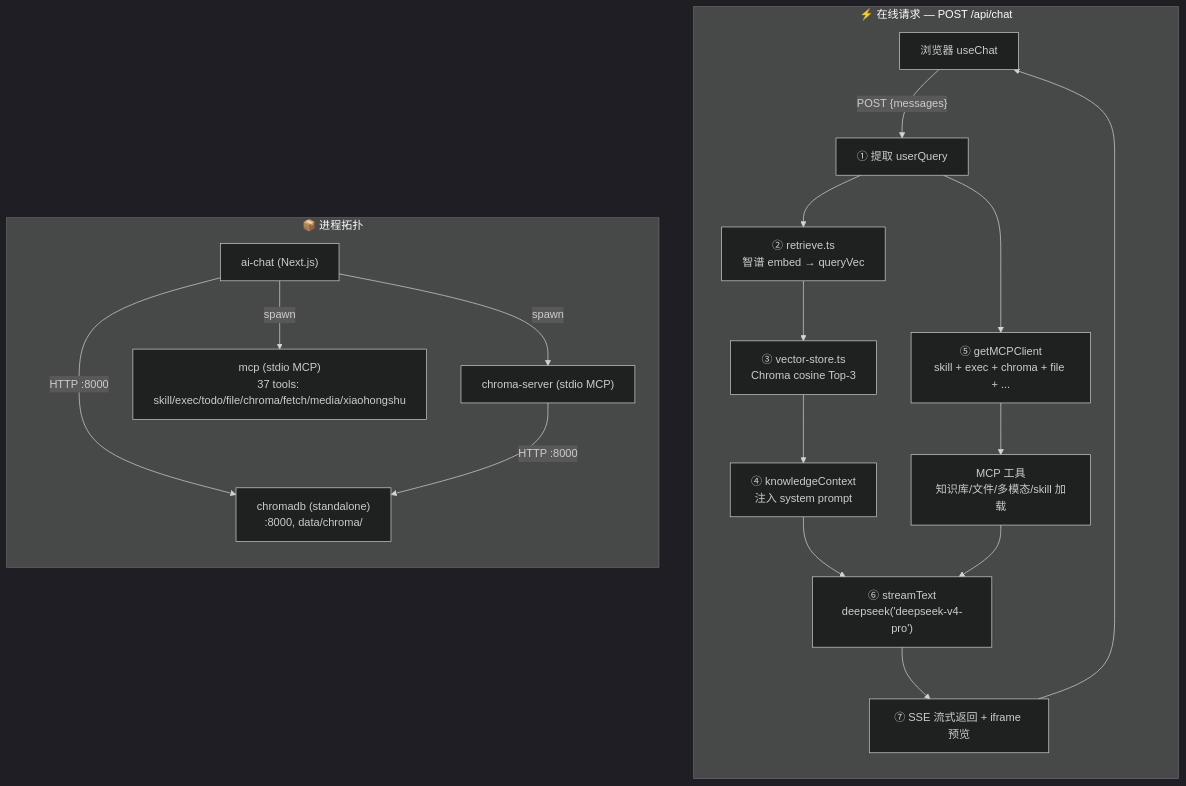
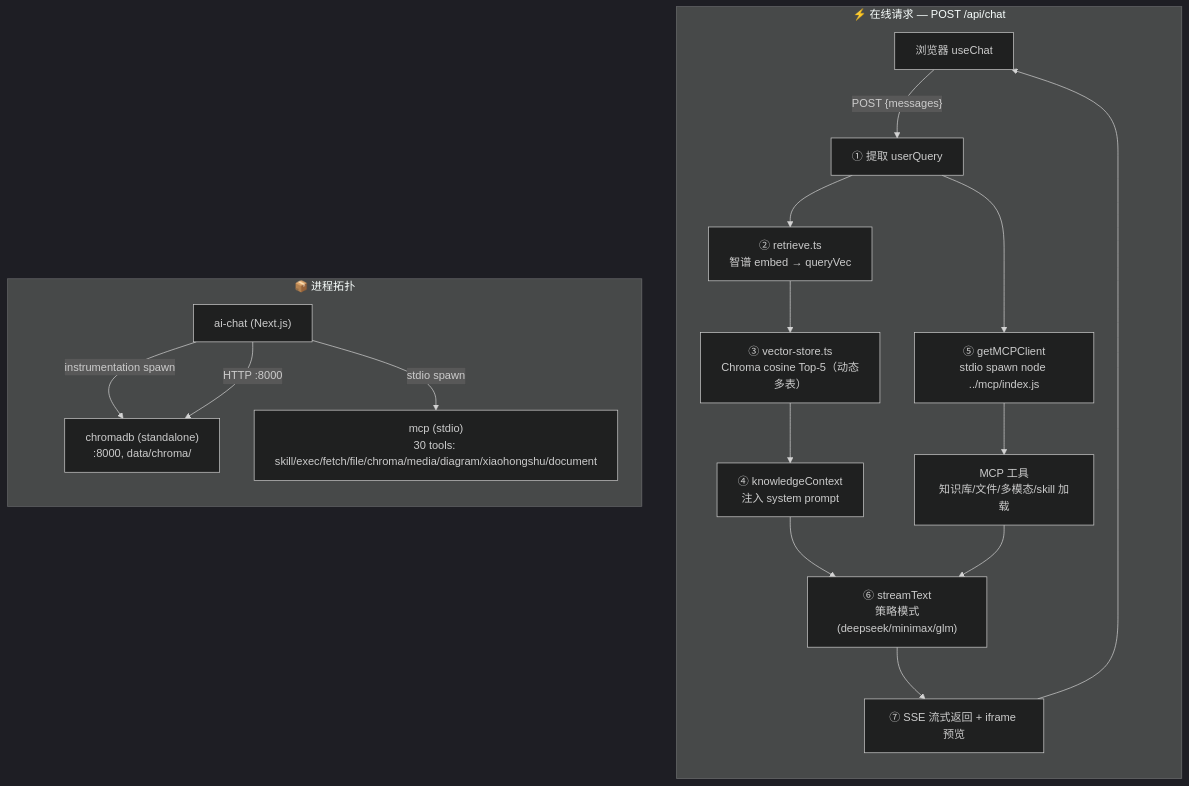
Before and after one commit to xiaoshengkai/xiaoshengkai-ai: the diagram in design.md, drawn with Mermaid (dark theme). The commit also changed other lines of this file and 3 other files, not shown here.

````diff
--- a/design.md
+++ b/design.md
@@ -29,33 +29,31 @@
 ```mermaid
 flowchart TD
   subgraph ON["⚡ 在线请求 — POST /api/chat"]
     direction TB
     U["浏览器 useChat"]
     R1["① 提取 userQuery"]
     R2["② retrieve.ts<br/>智谱 embed → queryVec"]
-    R3["③ vector-store.ts<br/>Chroma cosine Top-3"]
+    R3["③ vector-store.ts<br/>Chroma cosine Top-5（动态多表）"]
     R4["④ knowledgeContext<br/>注入 system prompt"]
-R5["⑤ getMCPClient<br/>skill + exec + chroma + file + ..."]
+    R5["⑤ getMCPClient<br/>stdio spawn node ../mcp/index.js"]
     R6["MCP 工具<br/>知识库/文件/多模态/skill 加载"]
-    R7["⑥ streamText<br/>deepseek('deepseek-v4-pro')"]
+    R7["⑥ streamText<br/>策略模式(deepseek/minimax/glm)"]
     R8["⑦ SSE 流式返回 + iframe 预览"]
     U -->|"POST {messages}"| R1
     R1 --> R2 --> R3 --> R4
     R1 --> R5 --> R6
     R4 --> R7
     R6 --> R7
     R7 --> R8 --> U
   end
 
   subgraph PROC["📦 进程拓扑"]
     direction TB
     A1["ai-chat (Next.js)"]
     A2["chromadb (standalone)<br/>:8000, data/chroma/"]
-    A3["chroma-server (stdio MCP)"]
-    A4["mcp (stdio MCP)<br/>37 tools: skill/exec/todo/file/chroma/fetch/media/xiaohongshu"]
-    A1 -->|"spawn"| A3
+    A4["mcp (stdio)<br/>30 tools: skill/exec/fetch/file/chroma/media/diagram/xiaohongshu/document"]
+    A1 -->|"instrumentation spawn"| A2
     A1 -->|"HTTP :8000"| A2
-    A3 -->|"HTTP :8000"| A2
-    A1 -->|"spawn"| A4
+    A1 -->|"stdio spawn"| A4
   end
 ```
````
